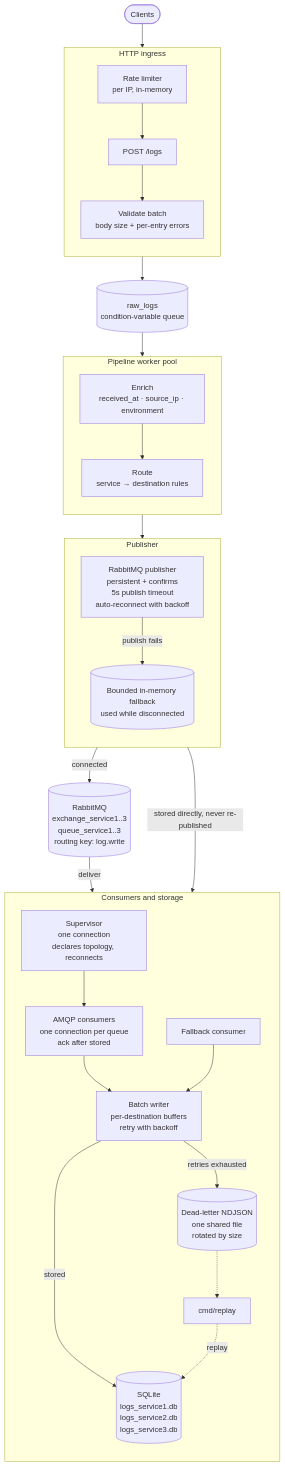
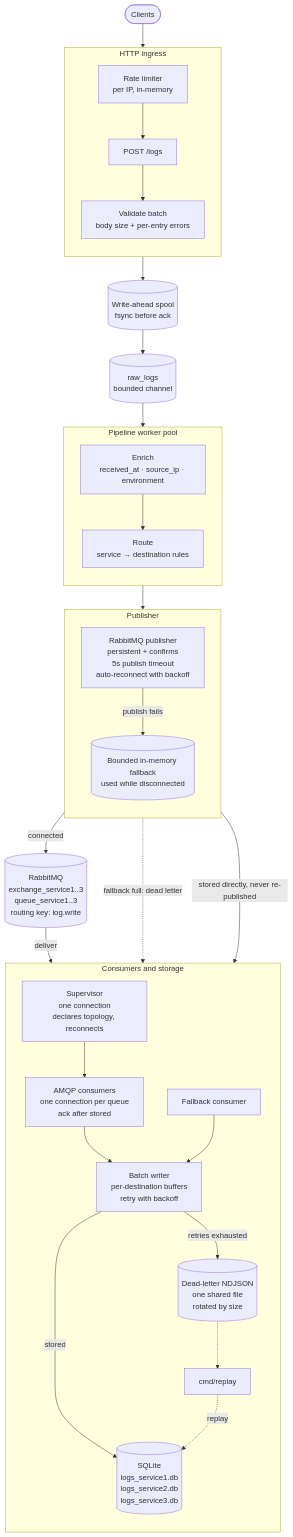
Before and after one commit to johneliud/log_ingestion_engine: the diagram in README.md, drawn with Mermaid. The commit also changed 2 other files, not shown here.

Commit message:
docs: add the write-ahead spool to architecture diagrams and a six-stage overview.

````diff
--- a/README.md
+++ b/README.md
@@ -11,52 +11,54 @@
 ```mermaid
 flowchart TB
     client(["Clients"])
 
     subgraph ingress["HTTP ingress"]
         direction TB
         rateLimit["Rate limiter<br/>per IP, in-memory"]
         logsEndpoint["POST /logs"]
         validate["Validate batch<br/>body size + per-entry errors"]
     end
 
-    rawQueue[("raw_logs<br/>condition-variable queue")]
+    spool[("Write-ahead spool<br/>fsync before ack")]
+    rawQueue[("raw_logs<br/>bounded channel")]
 
     subgraph processing["Pipeline worker pool"]
         direction TB
         enrich["Enrich<br/>received_at · source_ip · environment"]
         route["Route<br/>service → destination rules"]
     end
 
     subgraph publishing["Publisher"]
         direction TB
         rabbitPublisher["RabbitMQ publisher<br/>persistent + confirms<br/>5s publish timeout<br/>auto-reconnect with backoff"]
         fallback[("Bounded in-memory fallback<br/>used while disconnected")]
     end
 
     broker[("RabbitMQ<br/>exchange_service1..3<br/>queue_service1..3<br/>routing key: log.write")]
 
     subgraph delivery["Consumers and storage"]
         direction TB
         supervisor["Supervisor<br/>one connection<br/>declares topology, reconnects"]
         amqpConsumer["AMQP consumers<br/>one connection per queue<br/>ack after stored"]
         fallbackConsumer["Fallback consumer"]
         batchWriter["Batch writer<br/>per-destination buffers<br/>retry with backoff"]
         sqlite[("SQLite<br/>logs_service1.db<br/>logs_service2.db<br/>logs_service3.db")]
         deadLetters[("Dead-letter NDJSON<br/>one shared file<br/>rotated by size")]
         replay["cmd/replay"]
     end
 
-    client --> rateLimit --> logsEndpoint --> validate --> rawQueue
+    client --> rateLimit --> logsEndpoint --> validate --> spool --> rawQueue
     rawQueue --> enrich --> route --> rabbitPublisher
     rabbitPublisher -->|"connected"| broker
     rabbitPublisher -->|"publish fails"| fallback
+    fallback -.->|"fallback full: dead letter"| deadLetters
     broker -->|"deliver"| supervisor
     supervisor --> amqpConsumer
     fallback -->|"stored directly, never re-published"| fallbackConsumer
     amqpConsumer --> batchWriter
     fallbackConsumer --> batchWriter
     batchWriter -->|"stored"| sqlite
     batchWriter -->|"retries exhausted"| deadLetters
     deadLetters -.-> replay
     replay -.->|"replay"| sqlite
 ```
````
